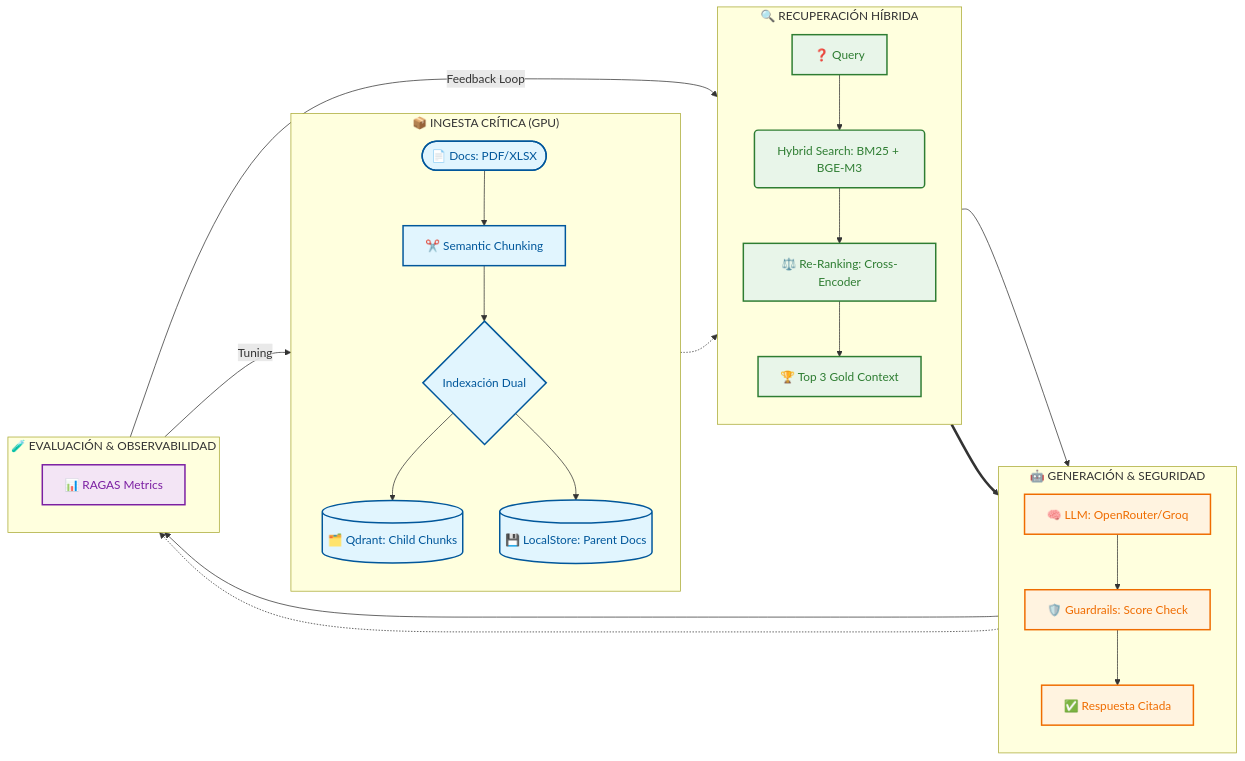
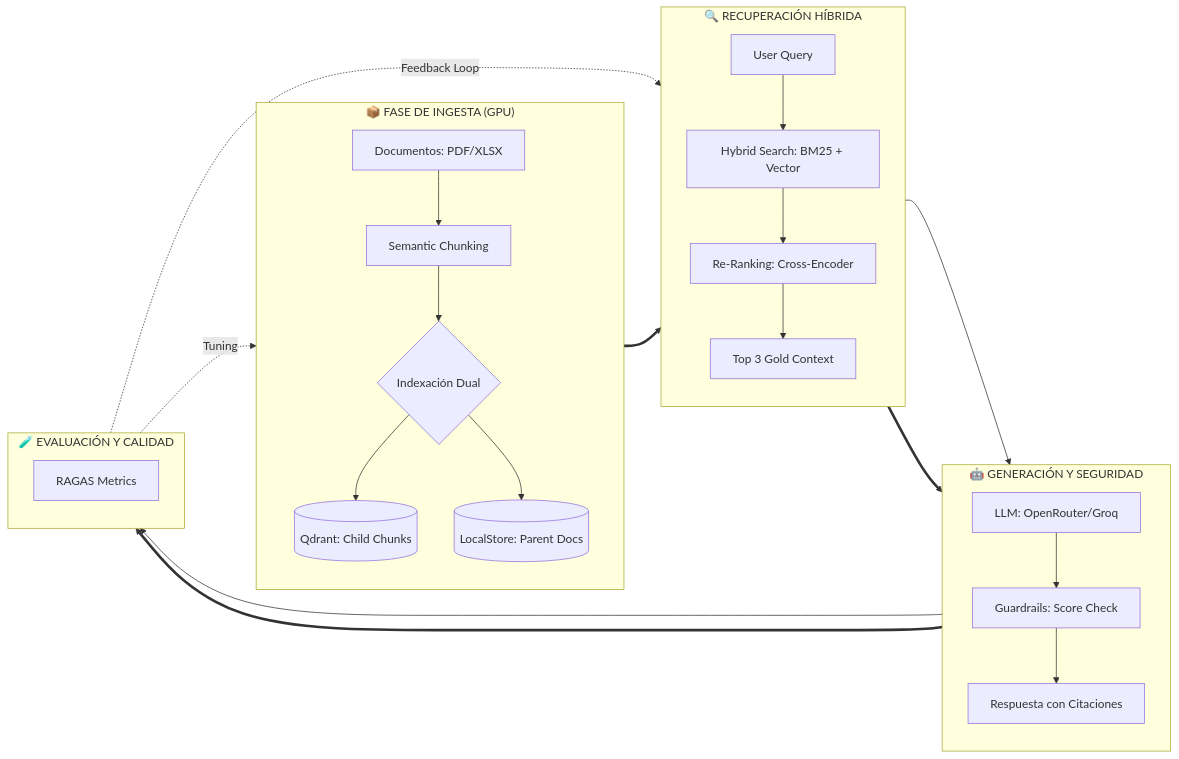
The diagram in README.md (berniehans/AxiomRAG), drawn with Mermaid before and after one commit.

Commit message:
Refactor Mermaid diagram in README
Update the architecture Mermaid diagram for clarity and syntax compatibility: switch from `flowchart LR` to `graph LR`, simplify `classDef` properties, rename subgraphs and node IDs (Ingesta, Busqueda, Gen, MLOps) and update node labels (e.g., Hybrid Search -> BM25 + Vector, Respuesta con Citaciones). Also adjust connections (use direct arrows and dotted feedback arrows) and reapply classes to the new IDs. These changes improve readability and ensure the diagram renders correctly with current Mermaid syntax.

````diff
--- a/README.md
+++ b/README.md
@@ -32,48 +32,48 @@
 ```mermaid
-flowchart LR
+graph LR
     %% Definición de Estilos
-    classDef ingestion fill:#e1f5fe,stroke:#01579b,stroke-width:2px,color:#01579b;
-    classDef retrieval fill:#e8f5e9,stroke:#2e7d32,stroke-width:2px,color:#2e7d32;
-    classDef generation fill:#fff3e0,stroke:#ef6c00,stroke-width:2px,color:#ef6c00;
-    classDef eval fill:#f3e5f5,stroke:#7b1fa2,stroke-width:2px,color:#7b1fa2;
+    classDef ingestion fill:#e1f5fe,stroke:#01579b,stroke-width:2px;
+    classDef retrieval fill:#e8f5e9,stroke:#2e7d32,stroke-width:2px;
+    classDef generation fill:#fff3e0,stroke:#ef6c00,stroke-width:2px;
+    classDef eval fill:#f3e5f5,stroke:#7b1fa2,stroke-width:2px;
 
-    subgraph Fase_Ingesta ["📦 INGESTA CRÍTICA (GPU)"]
+    subgraph Ingesta ["📦 FASE DE INGESTA (GPU)"]
         direction TB
-        A([📄 Docs: PDF/XLSX]) --> B[✂️ Semantic Chunking]
-        B --> C{Indexación Dual}
-        C --> D[(🗂️ Qdrant: Child Chunks)]
-        C --> E[(💾 LocalStore: Parent Docs)]
+        A["Documentos: PDF/XLSX"] --> B["Semantic Chunking"]
+        B --> C{"Indexación Dual"}
+        C --> D[("Qdrant: Child Chunks")]
+        C --> E[("LocalStore: Parent Docs")]
     end
 
-    subgraph Fase_Busqueda ["🔍 RECUPERACIÓN HÍBRIDA"]
+    subgraph Busqueda ["🔍 RECUPERACIÓN HÍBRIDA"]
         direction TB
-        F[❓ Query] --> G(Hybrid Search: BM25 + BGE-M3)
-        G --> H[⚖️ Re-Ranking: Cross-Encoder]
-        H --> I[🏆 Top 3 Gold Context]
+        F["User Query"] --> G["Hybrid Search: BM25 + Vector"]
+        G --> H["Re-Ranking: Cross-Encoder"]
+        H --> I["Top 3 Gold Context"]
     end
 
-    subgraph Fase_Gen ["🤖 GENERACIÓN & SEGURIDAD"]
+    subgraph Gen ["🤖 GENERACIÓN Y SEGURIDAD"]
         direction TB
-        I --> J[🧠 LLM: OpenRouter/Groq]
-        J --> K[🛡️ Guardrails: Score Check]
-        K --> L[✅ Respuesta Citada]
+        I --> J["LLM: OpenRouter/Groq"]
+        J --> K["Guardrails: Score Check"]
+        K --> L["Respuesta con Citaciones"]
     end
 
-    subgraph Fase_MLOps ["🧪 EVALUACIÓN & OBSERVABILIDAD"]
+    subgraph MLOps ["🧪 EVALUACIÓN Y CALIDAD"]
         direction TB
-        L --> M[📊 RAGAS Metrics]
-        M -- "Feedback Loop" --> G
-        M -- "Tuning" --> B
+        L --> M["RAGAS Metrics"]
+        M -. "Feedback Loop" .-> G
+        M -. "Tuning" .-> B
     end
 
-    %% Conexiones entre subgrafos
-    Fase_Ingesta -.-> Fase_Busqueda
-    Fase_Busqueda ==> Fase_Gen
-    Fase_Gen -.-> Fase_MLOps
+    %% Conexiones principales
+    Ingesta ==> Busqueda
+    Busqueda ==> Gen
+    Gen ==> MLOps
 
     %% Aplicación de Clases
-    class A,B,C,D,E ingestion;
-    class F,G,H,I retrieval;
-    class J,K,L generation;
-    class M eval;
+    class A,B,C,D,E Ingesta;
+    class F,G,H,I Busqueda;
+    class J,K,L Gen;
+    class M MLOps;
 ```
````
